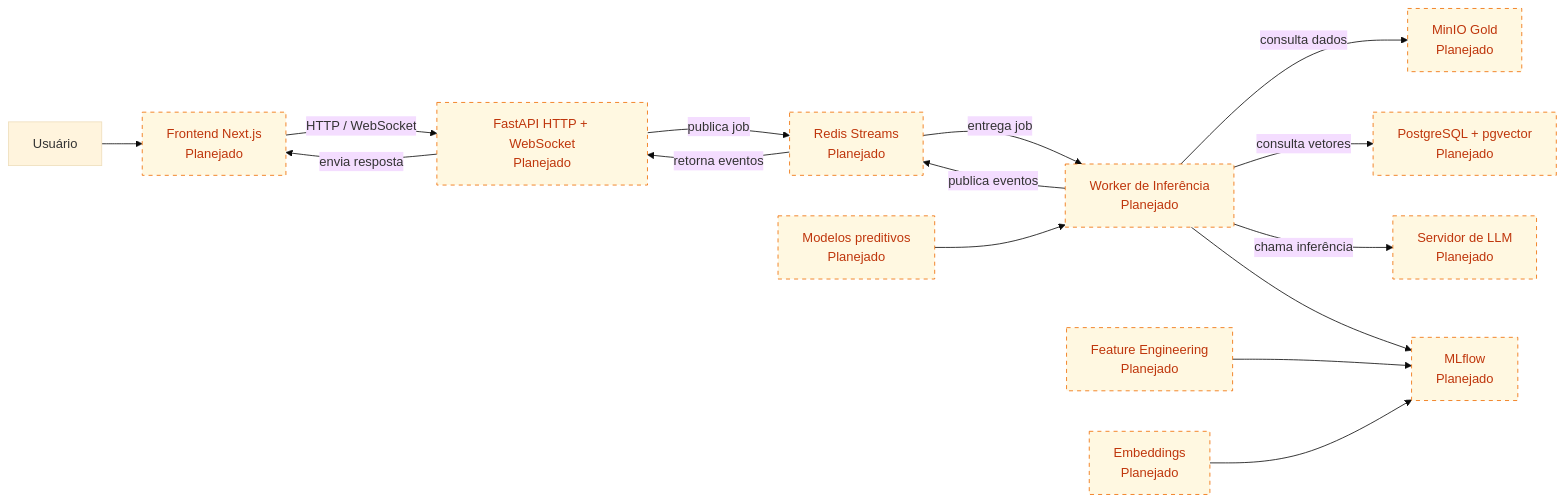
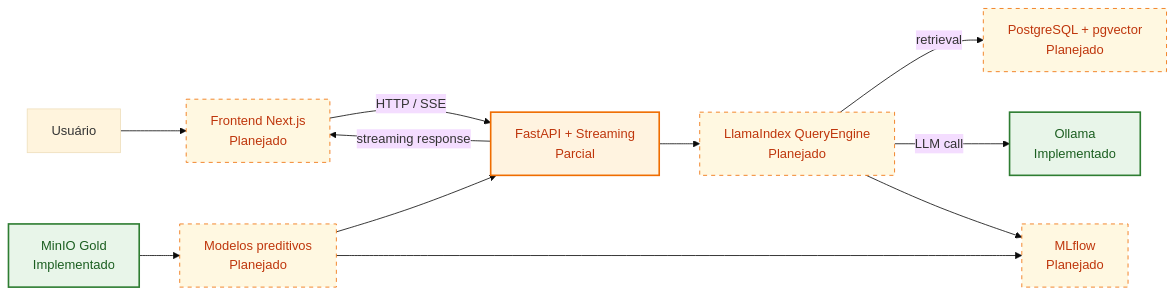
One commit to pedroandrade03/rag-intelligence changed the fourth of 4 diagrams in README.md. Above: the diagram before and after it, drawn with Mermaid (base theme). The commit also changed other lines of this file, not shown here.

Commit message:
docs: update README for LlamaIndex arch

````diff
--- a/README.md
+++ b/README.md
@@ -168,33 +160,29 @@
 ```mermaid
 flowchart LR
     user["Usuário"]
     frontend["Frontend Next.js<br/>Planejado"]
-    api["FastAPI HTTP + WebSocket<br/>Planejado"]
-    redis["Redis Streams<br/>Planejado"]
-    worker["Worker de Inferência<br/>Planejado"]
-    llm["Servidor de LLM<br/>Planejado"]
-    gold["MinIO Gold<br/>Planejado"]
+    api["FastAPI + Streaming<br/>Parcial"]
+    query["LlamaIndex QueryEngine<br/>Planejado"]
     pgvector["PostgreSQL + pgvector<br/>Planejado"]
-    fe["Feature Engineering<br/>Planejado"]
-    emb["Embeddings<br/>Planejado"]
+    ollama["Ollama<br/>Implementado"]
+    gold["MinIO Gold<br/>Implementado"]
     models["Modelos preditivos<br/>Planejado"]
     mlflow["MLflow<br/>Planejado"]
 
     user --> frontend
-    frontend -->|"HTTP / WebSocket"| api
-    api -->|"publica job"| redis
-    redis -->|"entrega job"| worker
-    worker -->|"consulta dados"| gold
-    worker -->|"consulta vetores"| pgvector
-    worker -->|"chama inferência"| llm
-    worker -->|"publica eventos"| redis
-    redis -->|"retorna eventos"| api
-    api -->|"envia resposta"| frontend
-    fe --> mlflow
-    emb --> mlflow
-    models --> worker
-    worker --> mlflow
+    frontend -->|"HTTP / SSE"| api
+    api --> query
+    query -->|"retrieval"| pgvector
+    query -->|"LLM call"| ollama
+    api -->|"streaming response"| frontend
+    gold --> models --> api
+    query --> mlflow
+    models --> mlflow
 
+    classDef implemented fill:#e8f5e9,stroke:#2e7d32,color:#1b5e20,stroke-width:2px;
     classDef planned fill:#fff8e1,stroke:#ef6c00,color:#bf360c,stroke-dasharray: 5 5;
-    class frontend,api,redis,worker,llm,gold,pgvector,fe,emb,models,mlflow planned;
+    classDef partial fill:#fff3e0,stroke:#ef6c00,color:#bf360c,stroke-width:2px;
+    class gold,ollama implemented;
+    class api partial;
+    class frontend,query,pgvector,models,mlflow planned;
 ```
````
